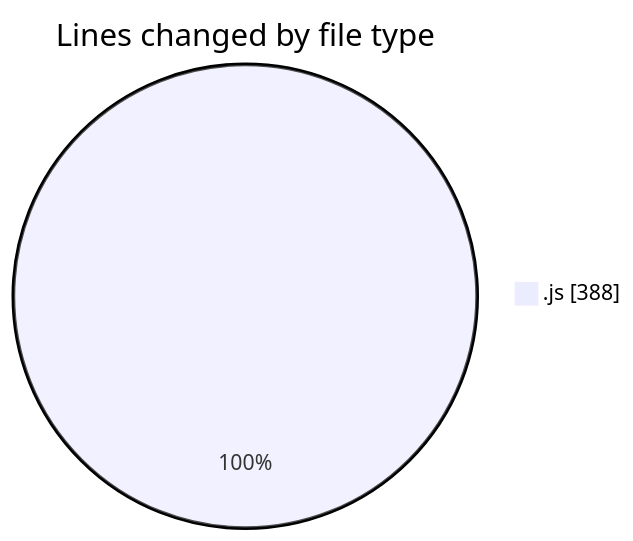
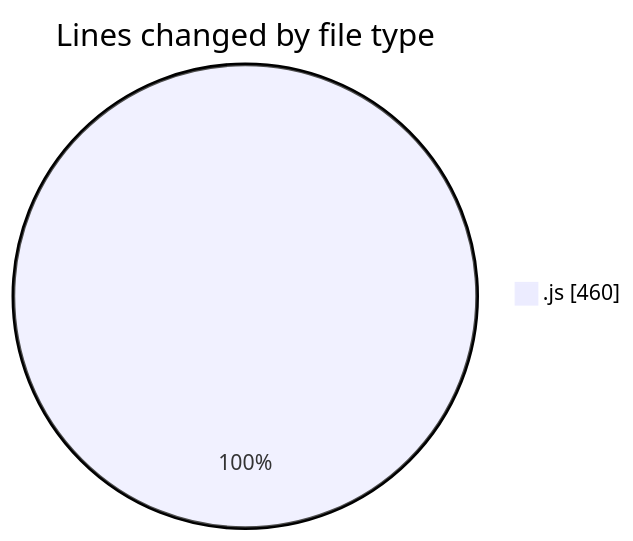
One commit to lephambinh05/code-tracking changed the first of 2 diagrams in 2025-07-10/mail-listener2-0_1_3/README.md. Above: the diagram before and after it, drawn with Mermaid. The commit also changed other lines of this file and 1 other file, not shown here.

````diff
--- a/2025-07-10/mail-listener2-0_1_3/README.md
+++ b/2025-07-10/mail-listener2-0_1_3/README.md
@@ -22,5 +23,5 @@
 ```mermaid
 pie showData
 title Lines changed by file type
-".js" : 388
+".js" : 460
 ```
````
